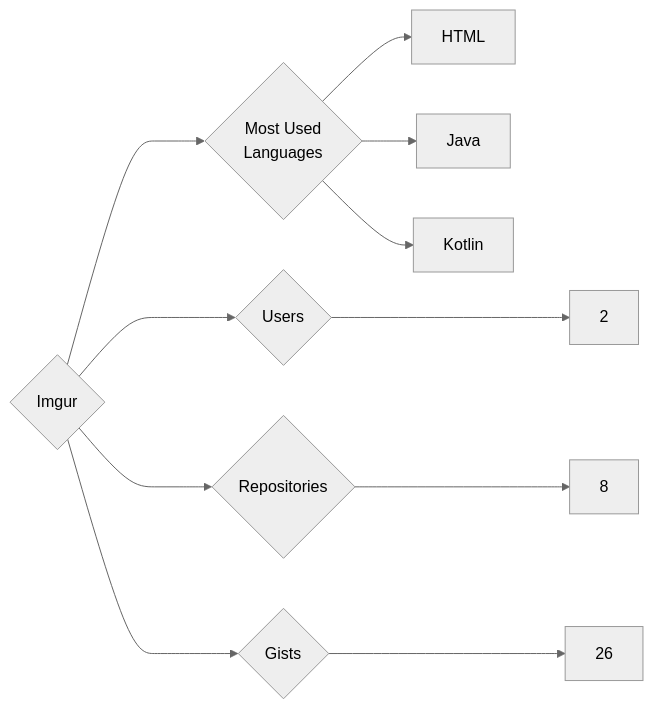
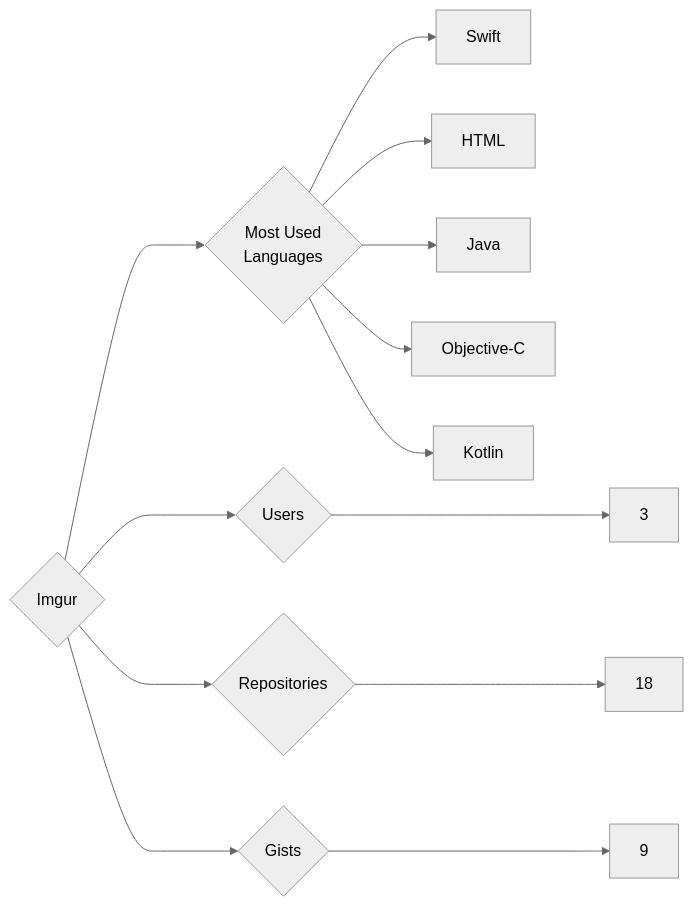
The diagram in targets/Imgur/README.md (trickest/insiders), drawn with Mermaid (neutral theme) before and after one commit. The commit also changed 951 other files, not shown here.

````diff
--- a/targets/Imgur/README.md
+++ b/targets/Imgur/README.md
@@ -3,11 +3,13 @@
 ```mermaid
 graph LR
 COMPANY_NAME{Imgur}
-COMPANY_NAME ---> U{Users} ---> UN[2]
-COMPANY_NAME ---> R{Repositories} ---> RN[8]
-COMPANY_NAME ---> G{Gists} ---> GN[26]
+COMPANY_NAME ---> U{Users} ---> UN[3]
+COMPANY_NAME ---> R{Repositories} ---> RN[18]
+COMPANY_NAME ---> G{Gists} ---> GN[9]
 COMPANY_NAME ---> ML{Most Used<br>Languages}
+ML --> Swift[Swift]
 ML --> HTML[HTML]
 ML --> Java[Java]
+ML --> Objective-C[Objective-C]
 ML --> Kotlin[Kotlin]
 ```
````
